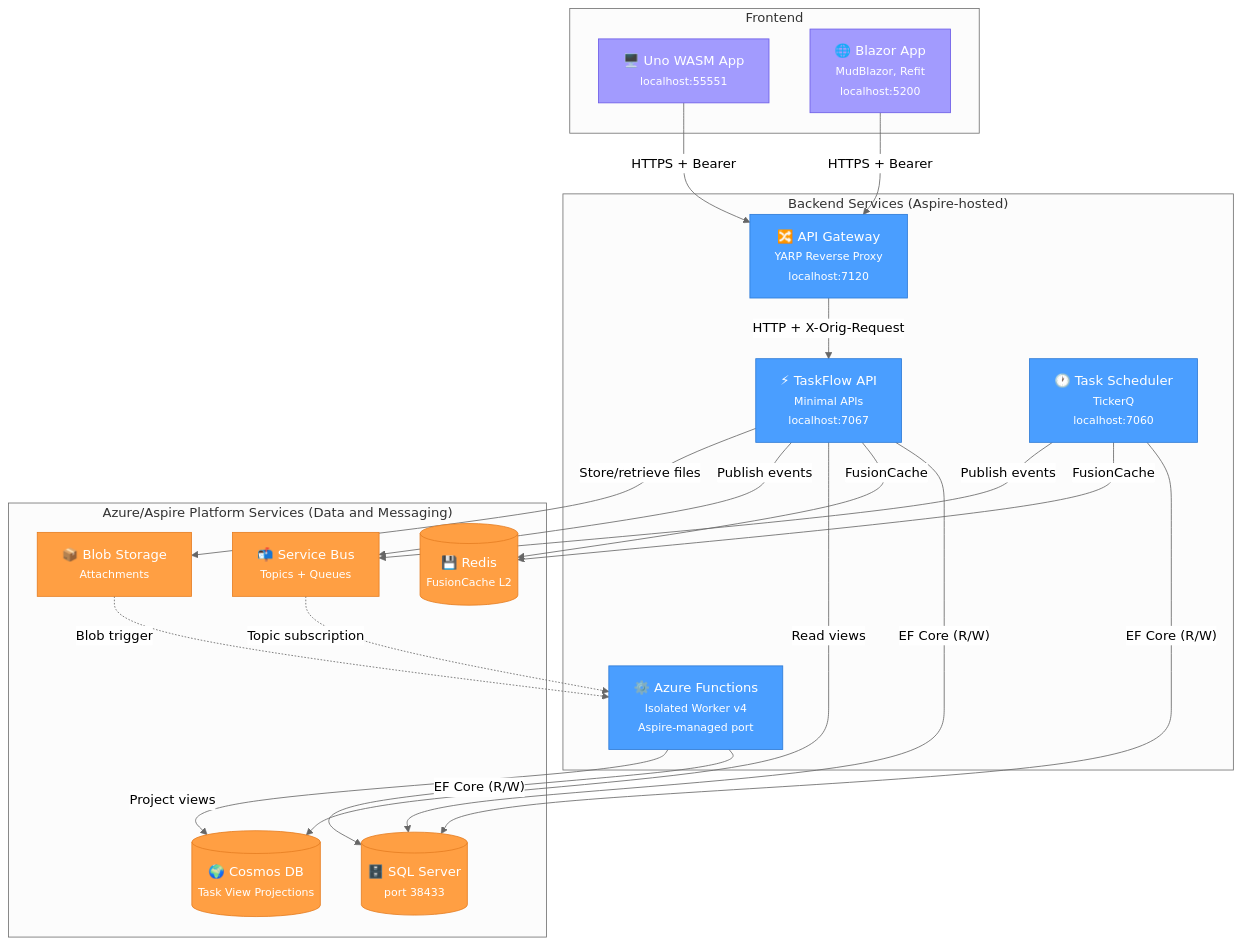
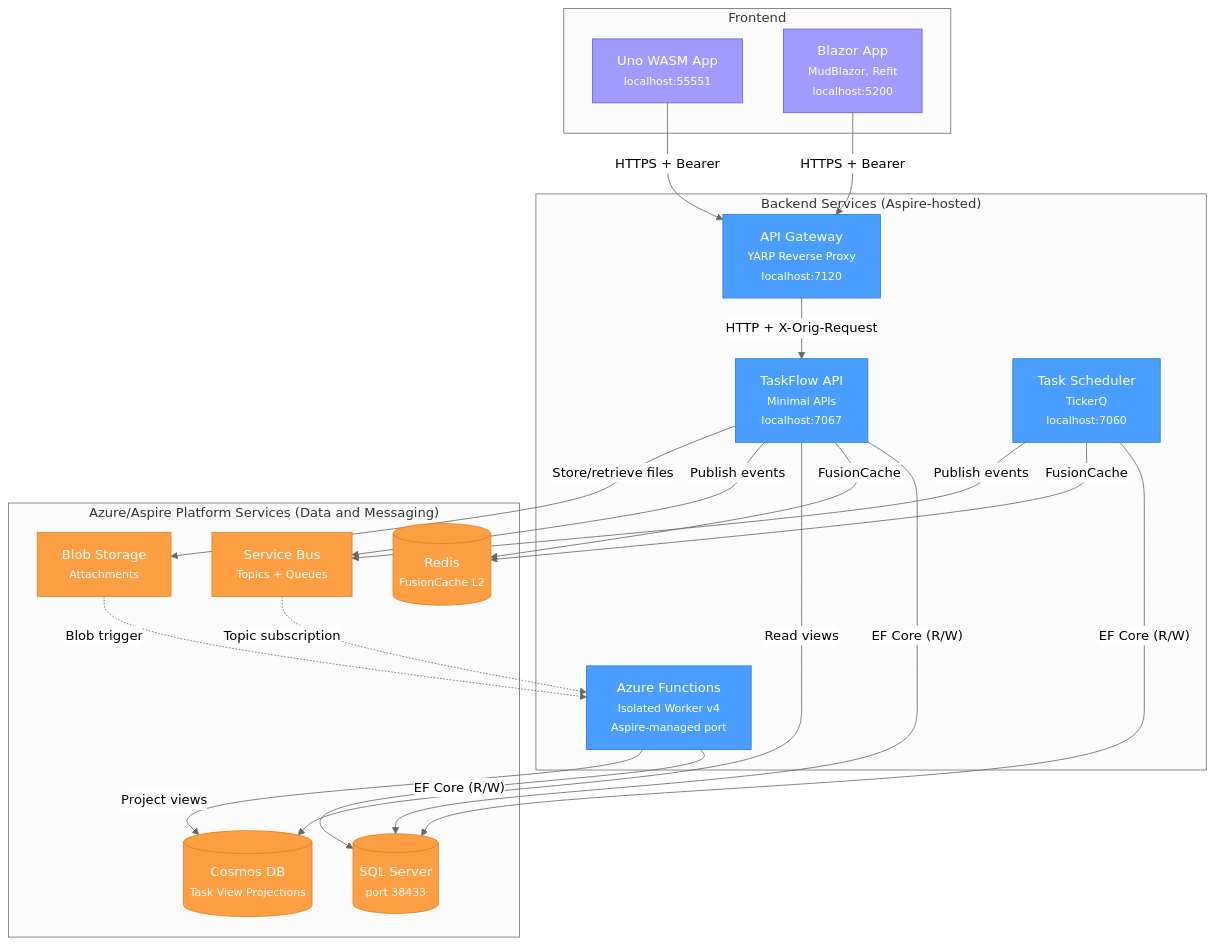
One commit to efreeman518/AI-Instructions-ReferenceApp changed the fifth of 22 diagrams in docs/tech-design.md. Above: the diagram before and after it, drawn with Mermaid (neutral theme). The commit also changed other lines of this file and 139 other files, not shown here.

````diff
--- a/docs/tech-design.md
+++ b/docs/tech-design.md
@@ -281,49 +281,49 @@
 ```mermaid
 graph TB
     subgraph ui["Frontend"]
-        UNO["🖥️ Uno WASM App<br/><small>localhost:55551</small>"]
-        BLAZOR["🌐 Blazor App<br/><small>MudBlazor, Refit<br/>localhost:5200</small>"]
+        UNO[" Uno WASM App<br/><small>localhost:55551</small>"]
+        BLAZOR[" Blazor App<br/><small>MudBlazor, Refit<br/>localhost:5200</small>"]
     end
 
     subgraph services["Backend Services (Aspire-hosted)"]
-        GW["🔀 API Gateway<br/><small>YARP Reverse Proxy<br/>localhost:7120</small>"]
-        API["⚡ TaskFlow API<br/><small>Minimal APIs<br/>localhost:7067</small>"]
-        FN["⚙️ Azure Functions<br/><small>Isolated Worker v4<br/>Aspire-managed port</small>"]
-        SCH["🕐 Task Scheduler<br/><small>TickerQ<br/>localhost:7060</small>"]
+        GW[" API Gateway<br/><small>YARP Reverse Proxy<br/>localhost:7120</small>"]
+        API[" TaskFlow API<br/><small>Minimal APIs<br/>localhost:7067</small>"]
+        FN[" Azure Functions<br/><small>Isolated Worker v4<br/>Aspire-managed port</small>"]
+        SCH[" Task Scheduler<br/><small>TickerQ<br/>localhost:7060</small>"]
     end
 
     subgraph infra["Azure/Aspire Platform Services (Data and Messaging)"]
-        SQL[("🗄️ SQL Server<br/><small>port 38433</small>")]
-        REDIS[("💾 Redis<br/><small>FusionCache L2</small>")]
-        COSMOS[("🌍 Cosmos DB<br/><small>Task View Projections</small>")]
-        SB["📬 Service Bus<br/><small>Topics + Queues</small>"]
-        BLOB["📦 Blob Storage<br/><small>Attachments</small>"]
+        SQL[(" SQL Server<br/><small>port 38433</small>")]
+        REDIS[(" Redis<br/><small>FusionCache L2</small>")]
+        COSMOS[(" Cosmos DB<br/><small>Task View Projections</small>")]
+        SB[" Service Bus<br/><small>Topics + Queues</small>"]
+        BLOB[" Blob Storage<br/><small>Attachments</small>"]
     end
 
     UNO -->|"HTTPS + Bearer"| GW
     BLAZOR -->|"HTTPS + Bearer"| GW
     GW -->|"HTTP + X-Orig-Request"| API
 
     API -->|"EF Core (R/W)"| SQL
     API -->|"FusionCache"| REDIS
     API -->|"Read views"| COSMOS
     API -->|"Publish events"| SB
     API -->|"Store/retrieve files"| BLOB
 
     SB -.->|"Topic subscription"| FN
     BLOB -.->|"Blob trigger"| FN
     FN -->|"EF Core (R/W)"| SQL
     FN -->|"Project views"| COSMOS
 
     SCH -->|"EF Core (R/W)"| SQL
     SCH -->|"FusionCache"| REDIS
     SCH -->|"Publish events"| SB
 
     classDef service fill:#4a9eff,stroke:#2d7ad6,color:#fff
     classDef infra fill:#ff9f43,stroke:#e67e22,color:#fff
     classDef ui fill:#a29bfe,stroke:#6c5ce7,color:#fff
 
     class UNO,BLAZOR ui
     class GW,API,FN,SCH service
     class SQL,REDIS,COSMOS,SB,BLOB infra
 ```
````
